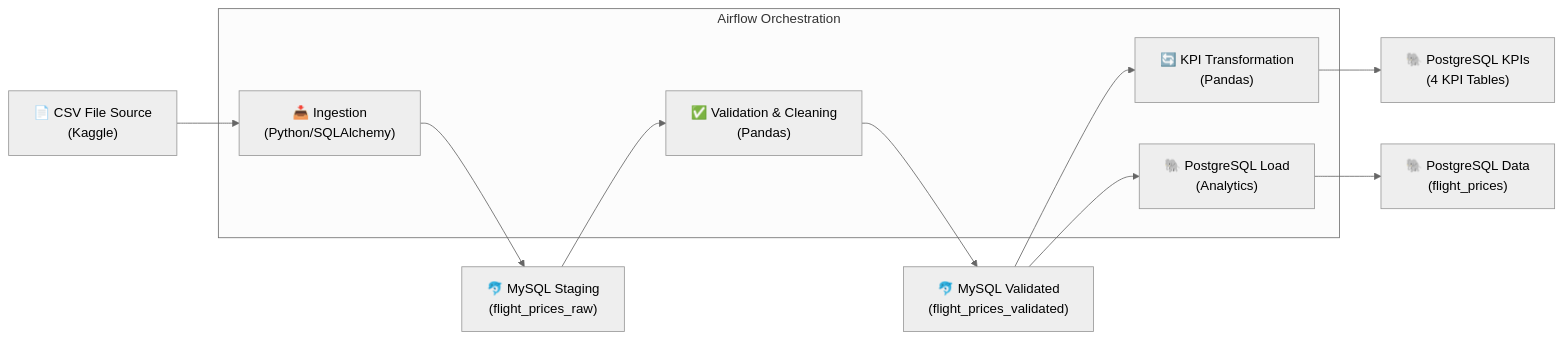
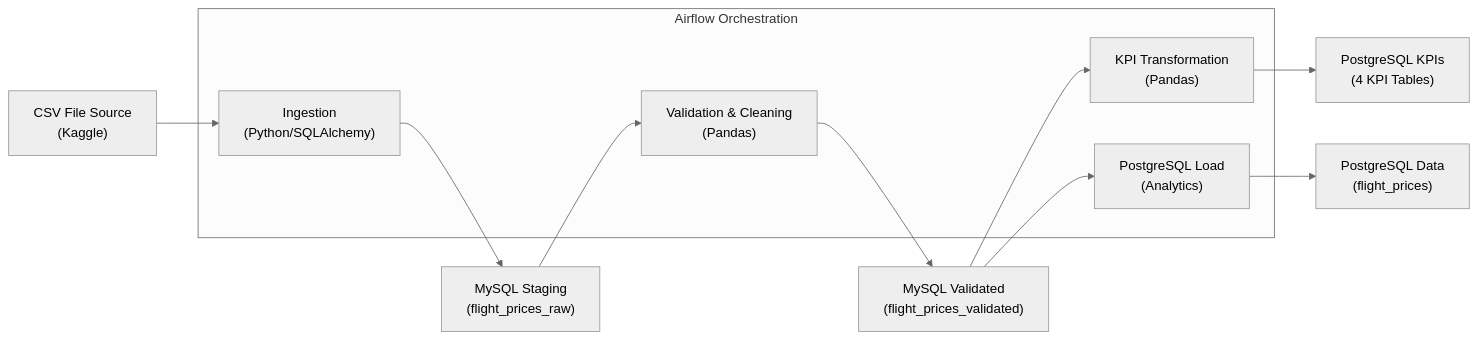
One commit to henryantwi/Mod_6_Airflow_Project_Flight_Price_Analysis changed the diagram in docs/pipeline_report.md. Above: the diagram before and after it, drawn with Mermaid (neutral theme). The commit also changed other lines of this file and 8 other files, not shown here.

````diff
--- a/docs/pipeline_report.md
+++ b/docs/pipeline_report.md
@@ -12,18 +10,18 @@
 ```mermaid
 flowchart LR
-    CSV["📄 CSV File Source<br/>(Kaggle)"] --> INGEST["📥 Ingestion<br/>(Python/SQLAlchemy)"]
-    INGEST --> MYSQL_RAW["🐬 MySQL Staging<br/>(flight_prices_raw)"]
-    MYSQL_RAW --> VALIDATE["✅ Validation & Cleaning<br/>(Pandas)"]
-    VALIDATE --> MYSQL_VAL["🐬 MySQL Validated<br/>(flight_prices_validated)"]
-    MYSQL_VAL --> TRANSFORM["🔄 KPI Transformation<br/>(Pandas)"]
-    MYSQL_VAL --> LOAD["🐘 PostgreSQL Load<br/>(Analytics)"]
-    TRANSFORM --> PG_KPI["🐘 PostgreSQL KPIs<br/>(4 KPI Tables)"]
-    LOAD --> PG_FINAL["🐘 PostgreSQL Data<br/>(flight_prices)"]
+    CSV["CSV File Source<br/>(Kaggle)"] --> INGEST["Ingestion<br/>(Python/SQLAlchemy)"]
+    INGEST --> MYSQL_RAW["MySQL Staging<br/>(flight_prices_raw)"]
+    MYSQL_RAW --> VALIDATE["Validation & Cleaning<br/>(Pandas)"]
+    VALIDATE --> MYSQL_VAL["MySQL Validated<br/>(flight_prices_validated)"]
+    MYSQL_VAL --> TRANSFORM["KPI Transformation<br/>(Pandas)"]
+    MYSQL_VAL --> LOAD["PostgreSQL Load<br/>(Analytics)"]
+    TRANSFORM --> PG_KPI["PostgreSQL KPIs<br/>(4 KPI Tables)"]
+    LOAD --> PG_FINAL["PostgreSQL Data<br/>(flight_prices)"]
     
     subgraph Airflow["Airflow Orchestration"]
         INGEST
         VALIDATE
         TRANSFORM
         LOAD
     end
 ```
````
